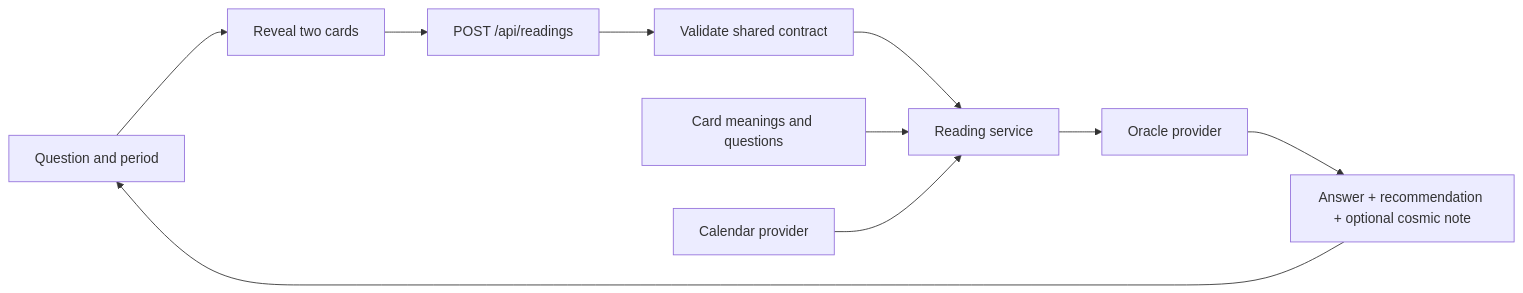
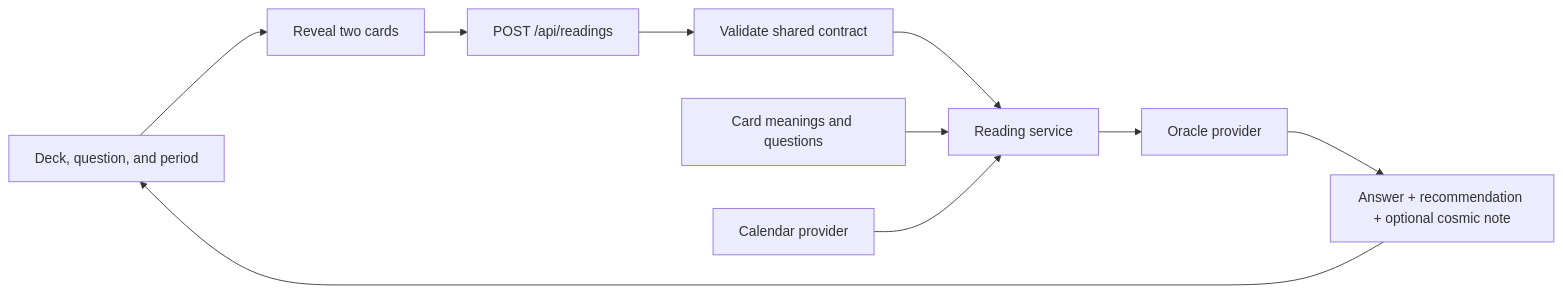
One commit to dariasolomina-oss/Hackathon-Malina-oct changed the diagram in docs/architecture.md. Above: the diagram before and after it, drawn with Mermaid. The commit also changed other lines of this file and 25 other files, not shown here.

````diff
--- a/docs/architecture.md
+++ b/docs/architecture.md
@@ -11,12 +11,12 @@
 ```mermaid
 flowchart LR
-  UI[Question and period] --> Deck[Reveal two cards]
+  UI[Deck, question, and period] --> Deck[Reveal two cards]
   Deck --> API[POST /api/readings]
   API --> Validate[Validate shared contract]
   Validate --> Service[Reading service]
   Content[Card meanings and questions] --> Service
   Calendar[Calendar provider] --> Service
   Service --> Oracle[Oracle provider]
   Oracle --> Result[Answer + recommendation + optional cosmic note]
   Result --> UI
 ```
````
